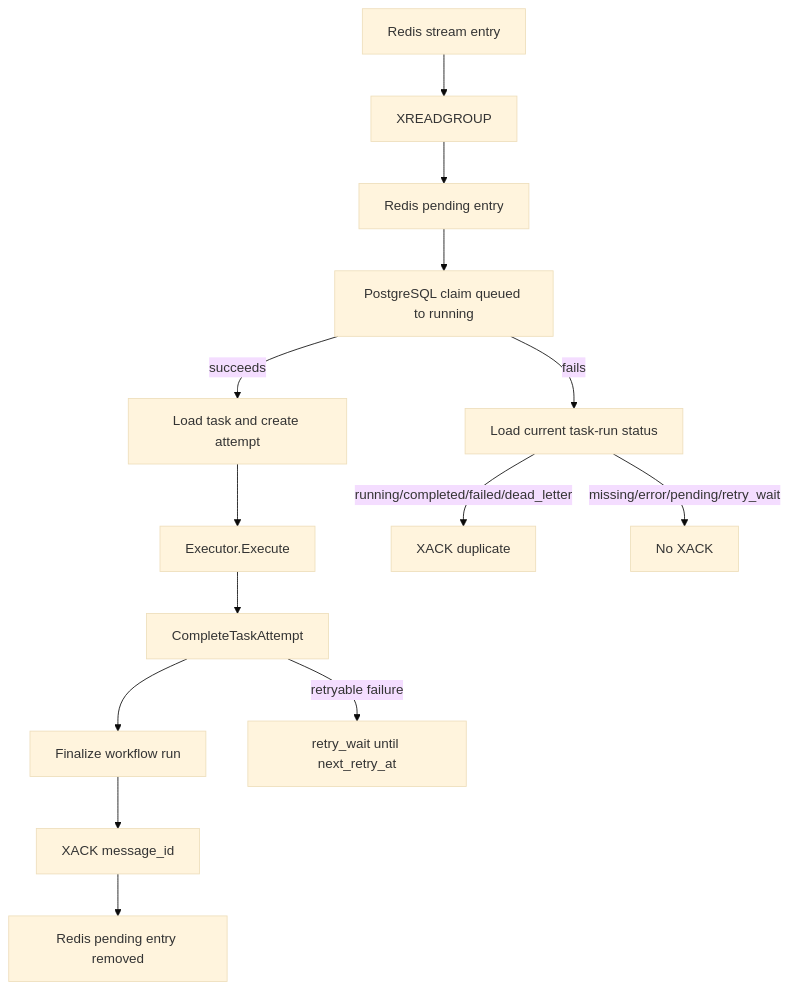
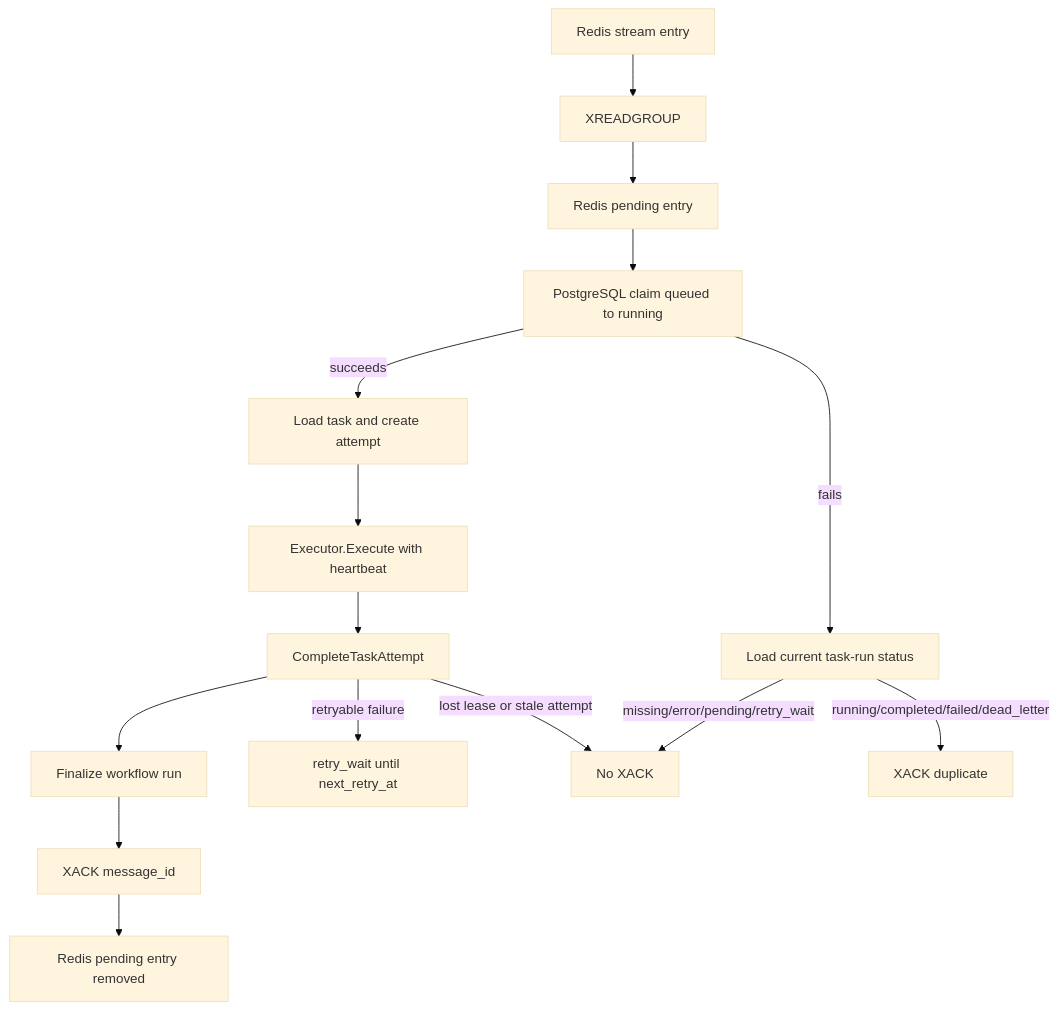
Before and after one commit to Hyowon-A/goflow: the seventh of 8 diagrams in docs/architecture.md, drawn with Mermaid (base theme). The commit also changed other lines of this file and 5 other files, not shown here.

````diff
--- a/docs/architecture.md
+++ b/docs/architecture.md
@@ -287,16 +293,17 @@
 ```mermaid
 flowchart TD
     Entry[Redis stream entry] --> Read[XREADGROUP]
     Read --> Pending[Redis pending entry]
     Pending --> Claim[PostgreSQL claim queued to running]
     Claim -->|succeeds| Work[Load task and create attempt]
-    Work --> Execute[Executor.Execute]
+    Work --> Execute[Executor.Execute with heartbeat]
     Execute --> Complete[CompleteTaskAttempt]
     Complete --> Finalize[Finalize workflow run]
     Finalize --> Ack[XACK message_id]
     Complete -->|retryable failure| RetryWait[retry_wait until next_retry_at]
+    Complete -->|lost lease or stale attempt| NoAck
     Ack --> Removed[Redis pending entry removed]
     Claim -->|fails| Status[Load current task-run status]
     Status -->|running/completed/failed/dead_letter| AckDuplicate[XACK duplicate]
     Status -->|missing/error/pending/retry_wait| NoAck[No XACK]
 ```
````
